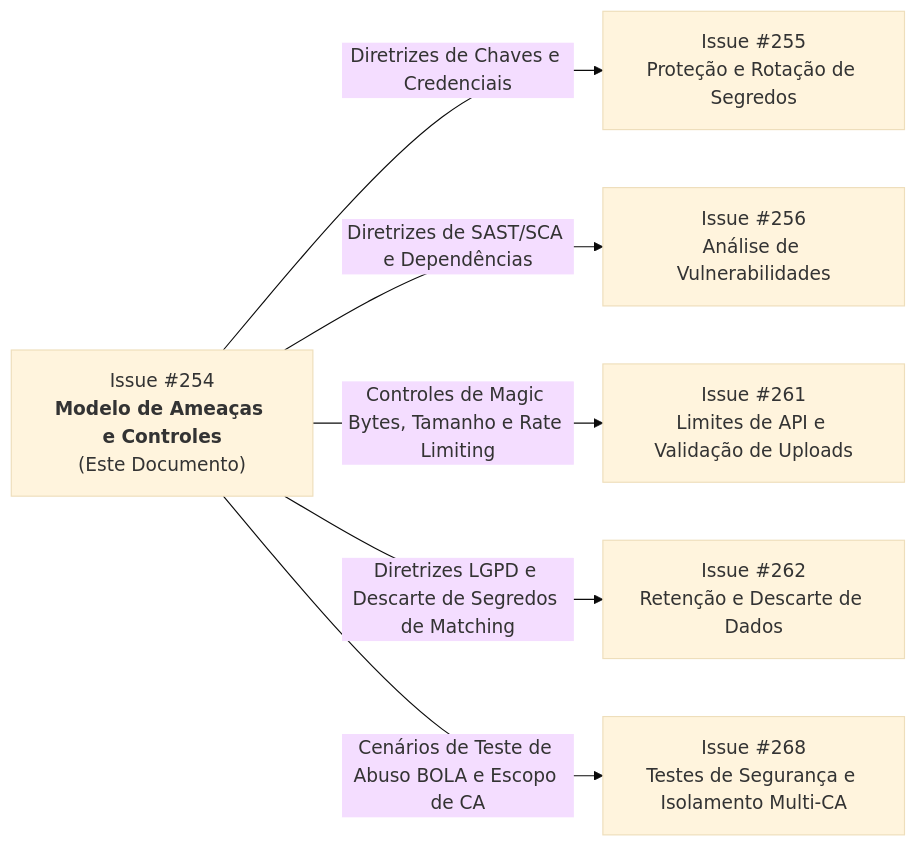
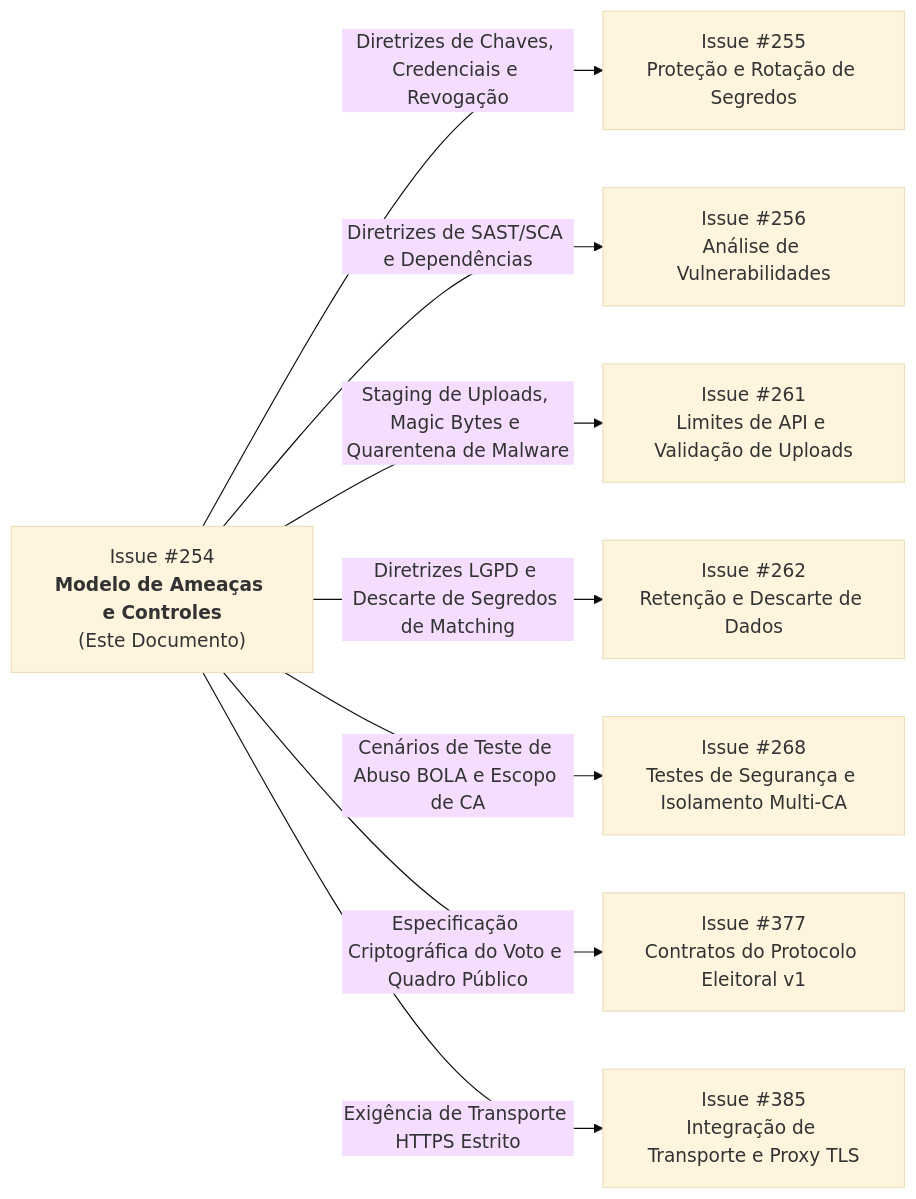
Before and after one commit to Henrique-zoo/CApp: the second of 2 diagrams in docs/seguranca/modelo_de_ameacas_e_controles.md, drawn with Mermaid (base theme). The commit also changed other lines of this file, not shown here.

````diff
--- a/docs/seguranca/modelo_de_ameacas_e_controles.md
+++ b/docs/seguranca/modelo_de_ameacas_e_controles.md
@@ -376,15 +511,19 @@
 ```mermaid
 graph LR
     I254["Issue #254<br><b>Modelo de Ameaças e Controles</b><br>(Este Documento)"]
     I255["Issue #255<br>Proteção e Rotação de Segredos"]
     I256["Issue #256<br>Análise de Vulnerabilidades"]
     I261["Issue #261<br>Limites de API e Validação de Uploads"]
     I262["Issue #262<br>Retenção e Descarte de Dados"]
     I268["Issue #268<br>Testes de Segurança e Isolamento Multi-CA"]
+    I377["Issue #377<br>Contratos do Protocolo Eleitoral v1"]
+    I385["Issue #385<br>Integração de Transporte e Proxy TLS"]
 
-    I254 -->|Diretrizes de Chaves e Credenciais| I255
+    I254 -->|Diretrizes de Chaves, Credenciais e Revogação| I255
     I254 -->|Diretrizes de SAST/SCA e Dependências| I256
-    I254 -->|Controles de Magic Bytes, Tamanho e Rate Limiting| I261
+    I254 -->|Staging de Uploads, Magic Bytes e Quarentena de Malware| I261
     I254 -->|Diretrizes LGPD e Descarte de Segredos de Matching| I262
     I254 -->|Cenários de Teste de Abuso BOLA e Escopo de CA| I268
+    I254 -->|Especificação Criptográfica do Voto e Quadro Público| I377
+    I254 -->|Exigência de Transporte HTTPS Estrito| I385
 ```
````
